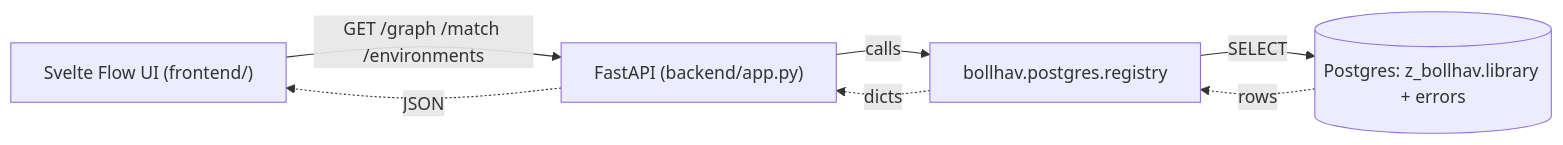
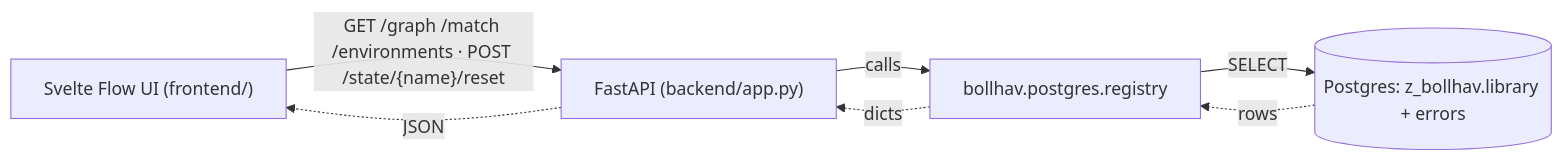
Before and after one commit to ebremstedt/bollhav: the diagram in gui/README.md, drawn with Mermaid. The commit also changed other lines of this file and 51 other files, not shown here.

````diff
--- a/gui/README.md
+++ b/gui/README.md
@@ -36,14 +39,14 @@
 ```mermaid
 flowchart LR
     FE["Svelte Flow UI (frontend/)"]
     API["FastAPI (backend/app.py)"]
     REG["bollhav.postgres.registry"]
     DB[("Postgres: z_bollhav.library + errors")]
 
-    FE -->|"GET /graph /match /environments"| API
+    FE -->|"GET /graph /match /environments · POST /state/{name}/reset"| API
     API -->|calls| REG
     REG -->|SELECT| DB
     DB -.->|rows| REG
     REG -.->|dicts| API
     API -.->|JSON| FE
 ```
````
